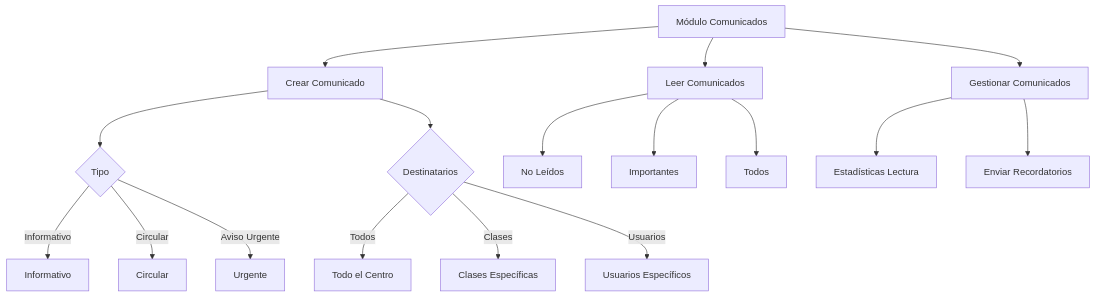
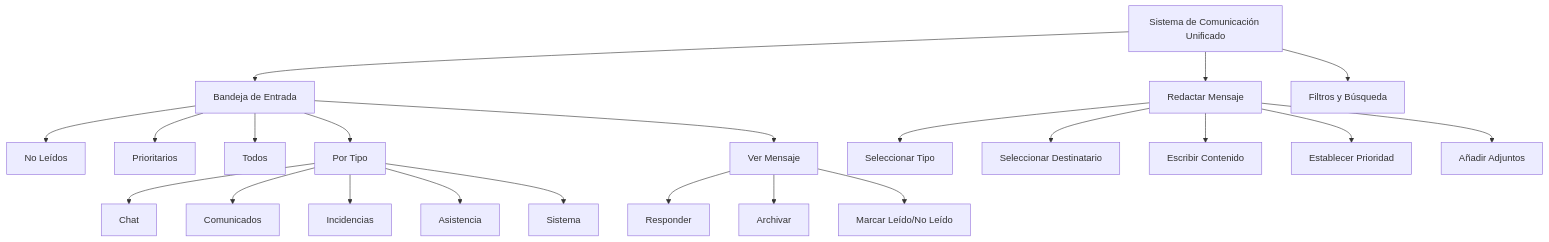
One commit to Nojabeach/UmeEgunero changed the sixth of 6 diagrams in docs/Manual_Usuario.md. Above: the diagram before and after it, drawn with Mermaid. The commit also changed other lines of this file and 112 other files, not shown here.

````diff
--- a/docs/Manual_Usuario.md
+++ b/docs/Manual_Usuario.md
@@ -235,23 +238,28 @@
 ```mermaid
 flowchart TD
-    Comunicados[Módulo Comunicados] --> Crear[Crear Comunicado]
-    Comunicados --> Leer[Leer Comunicados]
-    Comunicados --> Gestionar[Gestionar Comunicados]
+    SistemaComunicacion[Sistema de Comunicación Unificado] --> Inbox[Bandeja de Entrada]
+    SistemaComunicacion --> Compose[Redactar Mensaje]
+    SistemaComunicacion --> Filtros[Filtros y Búsqueda]
     
-    Crear --> TipoCom{Tipo}
-    TipoCom --> |Informativo| Info[Informativo]
-    TipoCom --> |Circular| Circ[Circular]
-    TipoCom --> |Aviso Urgente| Urg[Urgente]
+    Inbox --> PorLeer[No Leídos]
+    Inbox --> Prioritarios[Prioritarios]
+    Inbox --> Todos[Todos]
+    Inbox --> PorTipo[Por Tipo]
     
-    Crear --> Destinatarios{Destinatarios}
-    Destinatarios --> |Todos| TodosCentro[Todo el Centro]
-    Destinatarios --> |Clases| ClasesEsp[Clases Específicas]
-    Destinatarios --> |Usuarios| UsuariosEsp[Usuarios Específicos]
+    PorTipo --> Chat[Chat]
+    PorTipo --> Comunicados[Comunicados]
+    PorTipo --> Incidencias[Incidencias]
+    PorTipo --> Asistencia[Asistencia]
+    PorTipo --> Sistema[Sistema]
     
-    Leer --> NoLeidos[No Leídos]
-    Leer --> Importantes[Importantes]
-    Leer --> Todos[Todos]
+    Inbox --> Detalles[Ver Mensaje]
+    Detalles --> Responder[Responder]
+    Detalles --> Archivar[Archivar]
+    Detalles --> Marcar[Marcar Leído/No Leído]
     
-    Gestionar --> Estadisticas[Estadísticas Lectura]
-    Gestionar --> Recordatorios[Enviar Recordatorios]
+    Compose --> TipoMensaje[Seleccionar Tipo]
+    Compose --> Destinatario[Seleccionar Destinatario]
+    Compose --> Contenido[Escribir Contenido]
+    Compose --> Prioridad[Establecer Prioridad]
+    Compose --> Adjuntos[Añadir Adjuntos]
 ```
````
